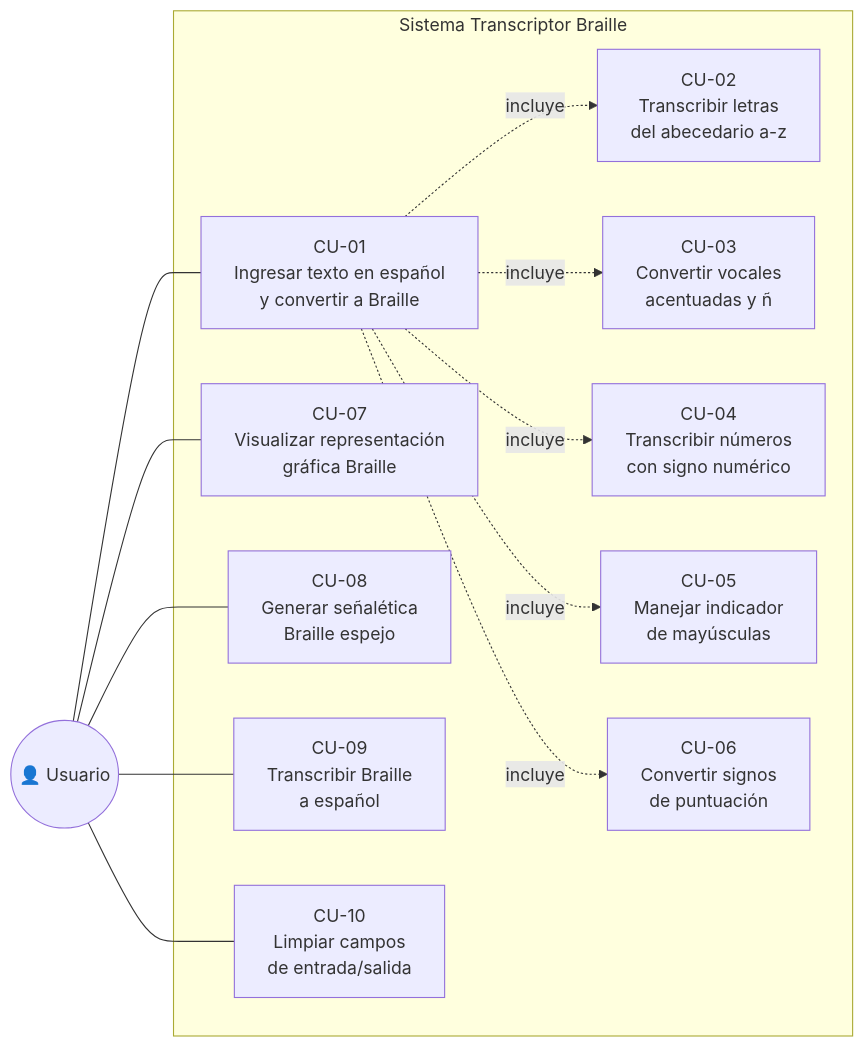
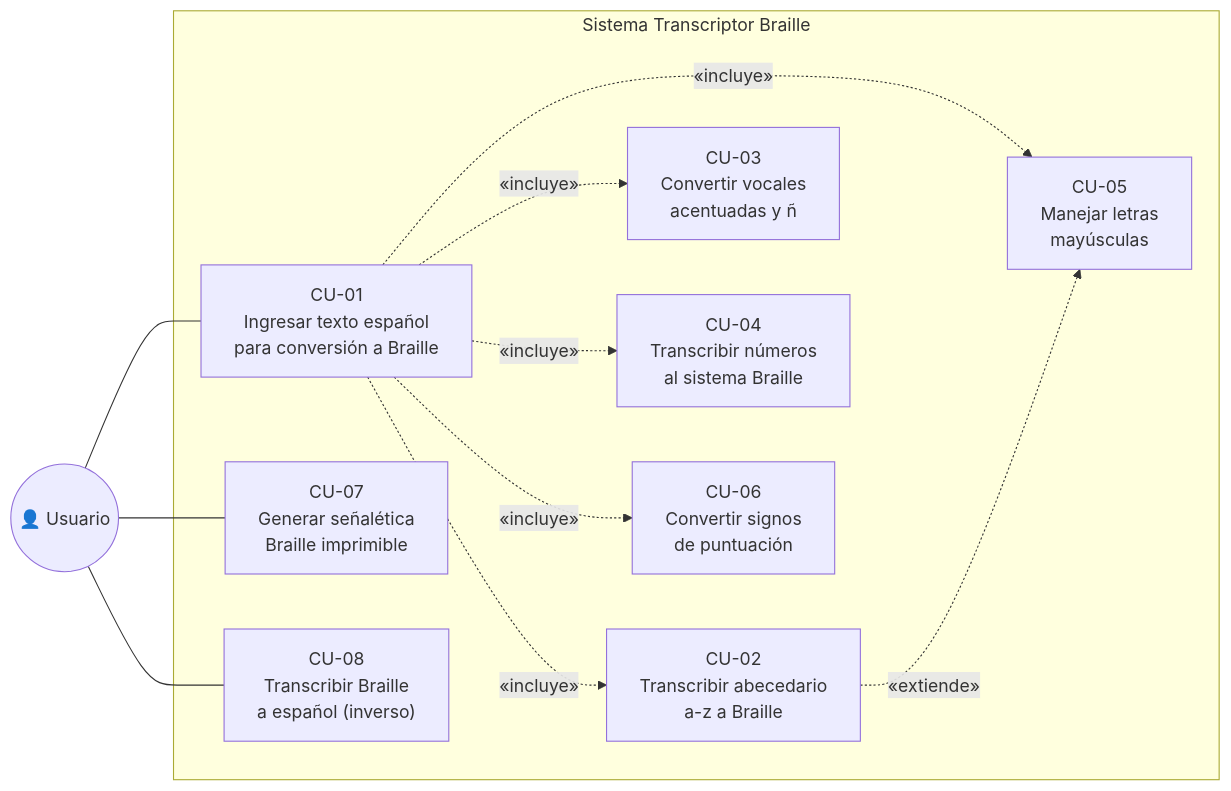
Before and after one commit to MRGonorrea79/Proyecto-Agile: the diagram in docs/design/diagrama-casos-de-uso.md, drawn with Mermaid. The commit also changed other lines of this file, not shown here.

First line of the commit message:
Update Spanish Braille Application documentation

````diff
--- a/docs/design/diagrama-casos-de-uso.md
+++ b/docs/design/diagrama-casos-de-uso.md
@@ -13,29 +29,26 @@
 ```mermaid
 graph LR
     subgraph Sistema["Sistema Transcriptor Braille"]
-        CU1["CU-01<br/>Ingresar texto en español<br/>y convertir a Braille"]
-        CU2["CU-02<br/>Transcribir letras<br/>del abecedario a-z"]
+        CU1["CU-01<br/>Ingresar texto español<br/>para conversión a Braille"]
+        CU2["CU-02<br/>Transcribir abecedario<br/>a-z a Braille"]
         CU3["CU-03<br/>Convertir vocales<br/>acentuadas y ñ"]
-        CU4["CU-04<br/>Transcribir números<br/>con signo numérico"]
-        CU5["CU-05<br/>Manejar indicador<br/>de mayúsculas"]
+        CU4["CU-04<br/>Transcribir números<br/>al sistema Braille"]
+        CU5["CU-05<br/>Manejar letras<br/>mayúsculas"]
         CU6["CU-06<br/>Convertir signos<br/>de puntuación"]
-        CU7["CU-07<br/>Visualizar representación<br/>gráfica Braille"]
-        CU8["CU-08<br/>Generar señalética<br/>Braille espejo"]
-        CU9["CU-09<br/>Transcribir Braille<br/>a español"]
-        CU10["CU-10<br/>Limpiar campos<br/>de entrada/salida"]
+        CU7["CU-07<br/>Generar señalética<br/>Braille imprimible"]
+        CU8["CU-08<br/>Transcribir Braille<br/>a español (inverso)"]
     end
 
     Usuario(("👤 Usuario"))
 
     Usuario --- CU1
     Usuario --- CU7
     Usuario --- CU8
-    Usuario --- CU9
-    Usuario --- CU10
 
-    CU1 -.->|incluye| CU2
-    CU1 -.->|incluye| CU3
-    CU1 -.->|incluye| CU4
-    CU1 -.->|incluye| CU5
-    CU1 -.->|incluye| CU6
+    CU1 -.->|«incluye»| CU2
+    CU1 -.->|«incluye»| CU3
+    CU1 -.->|«incluye»| CU4
+    CU1 -.->|«incluye»| CU5
+    CU1 -.->|«incluye»| CU6
+    CU2 -.->|«extiende»| CU5
 ```
````
